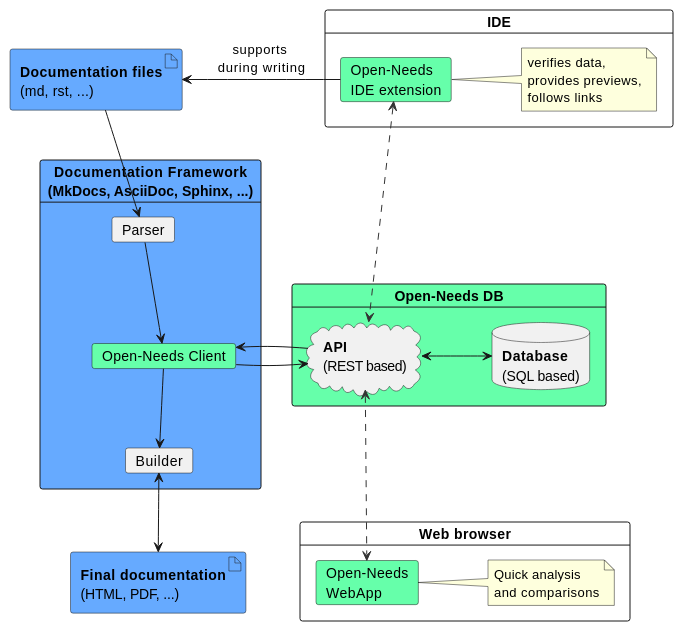
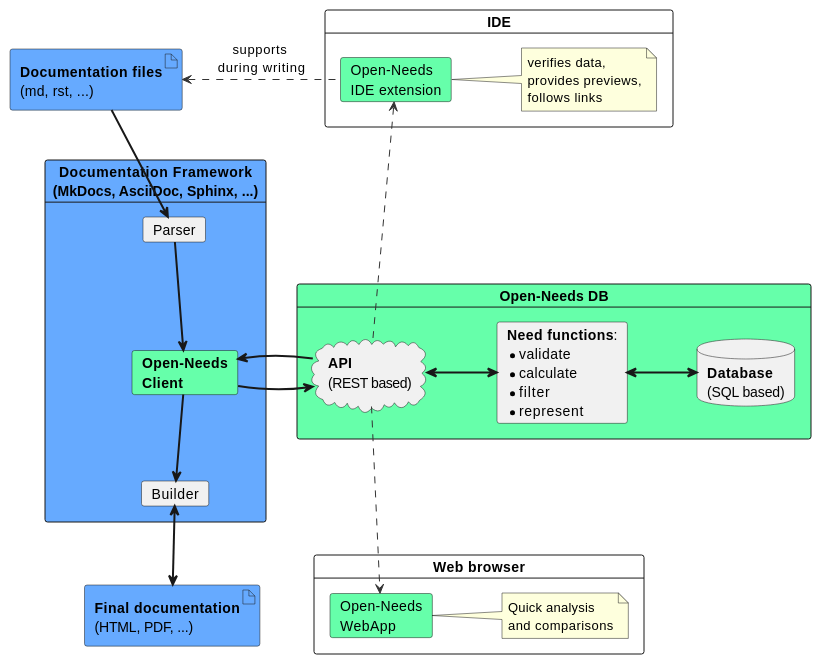
One commit to open-needs/open-needs.github.io changed the second of 5 diagrams in docs/index.rst. Above: the diagram before and after it, drawn with PlantUML. The commit also changed other lines of this file and 1 other file, not shown here.

Commit message:
Better concept summary

```diff
--- a/docs/index.rst
+++ b/docs/index.rst
@@ -18,47 +108,51 @@
-.. uml::
-   :align: center
+    .. uml::
+       :align: center
 
-    @startuml
-    skinparam nodesep 70
-    skinparam ranksep 50
+        @startuml
+        skinparam nodesep 70
+        skinparam ranksep 50
 
-        card IDE as ide {
-            card "Open-Needs\nIDE extension" as ext #6fa
-            note right: verifies data,\nprovides previews,\nfollows links
-        }
+            card IDE as ide {
+                card "Open-Needs\nIDE extension" as ext #6fa
+                note right: verifies data,\nprovides previews,\nfollows links
+            }
 
-        artifact "**Documentation files**\n(md, rst, ...)" as docs #6af
-        card "**Documentation Framework**\n(MkDocs, AsciiDoc, Sphinx, ...)" as df #6af {
-            card "Parser" as parser
-            card "Open-Needs Client" as client #6fa
-            card "Builder" as builder
-        }
+            artifact "**Documentation files**\n(md, rst, ...)" as docs #6af
+            card "**Documentation Framework**\n(MkDocs, AsciiDoc, Sphinx, ...)" as df #6af {
+                card "Parser" as parser
+                card "**Open-Needs**\n**Client**" as client #6fa
+                card "Builder" as builder
+            }
 
-        card "**Open-Needs DB**" as on #6fa {
-            database "**Database**\n(SQL based)" as db
-            cloud "**API**\n(REST based)" as rest
-        }
+            card "**Open-Needs DB**" as on #6fa {
+                cloud "**API**\n(REST based)" as rest
+                card "**Need functions**:\n*validate\n*calculate\n*filter\n*represent" as func
+                database "**Database**\n(SQL based)" as db
 
-        artifact "**Final documentation**\n(HTML, PDF, ...)" as final #6af
+                rest <=> func
+                func <=> db
+            }
 
-        card "Web browser" {
-            card "Open-Needs\nWebApp" as webapp #6fa
-            note right: Quick analysis\nand comparisons
-        }
+            artifact "**Final documentation**\n(HTML, PDF, ...)" as final #6af
 
-        ext -l-> docs: supports \nduring writing
-        docs --> parser
-        parser --> client
-        client -> rest
-        rest <-> db
-        rest -> client
-        client --> builder
+            card "Web browser" {
+                card "Open-Needs\nWebApp" as webapp #6fa
+                note right: Quick analysis\nand comparisons
+            }
 
-        builder <--> final
+            ext .[#333]l.> docs: supports \nduring writing
+            docs ==> parser
+            parser ==> client
+            client => rest
 
-        ext <.[#333]d..> rest
+            rest => client
+            client ==> builder
 
-        webapp <.[#333]u..> rest
+            builder <==> final
+
+            rest .[#333]u..> ext
+
+            rest .[#333]d..> webapp
 
 
-    @enduml
+        @enduml
```
